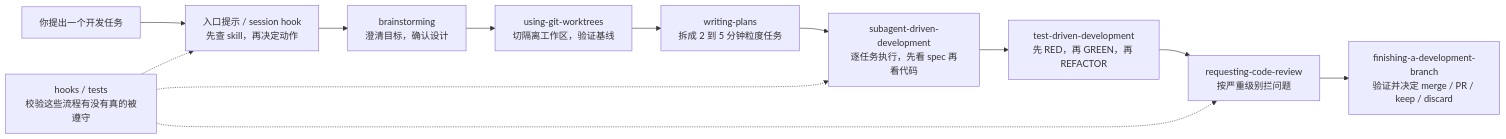
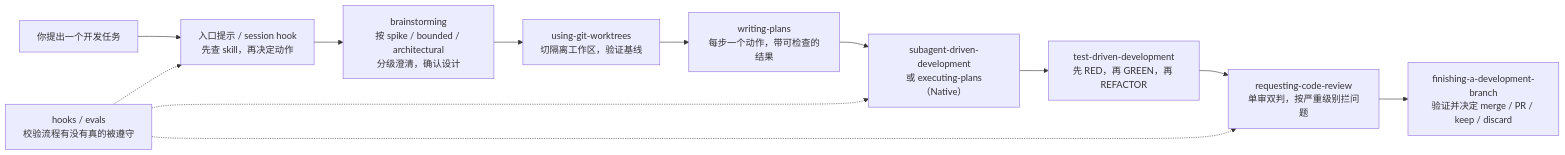
The diagram in content/posts/tech/superpowers-agentic-skills-framework.md (A1pha3/text-matrix), drawn with Mermaid before and after one commit. The commit also changed other lines of this file and 331 other files, not shown here.

````diff
--- a/content/posts/tech/superpowers-agentic-skills-framework.md
+++ b/content/posts/tech/superpowers-agentic-skills-framework.md
@@ -21,14 +22,14 @@
 ```mermaid
 flowchart LR
   A["你提出一个开发任务"] --> B["入口提示 / session hook<br/>先查 skill，再决定动作"]
-  B --> C["brainstorming<br/>澄清目标，确认设计"]
+  B --> C["brainstorming<br/>按 spike / bounded / architectural<br/>分级澄清，确认设计"]
   C --> D["using-git-worktrees<br/>切隔离工作区，验证基线"]
-  D --> E["writing-plans<br/>拆成 2 到 5 分钟粒度任务"]
-  E --> F["subagent-driven-development<br/>逐任务执行，先看 spec 再看代码"]
+  D --> E["writing-plans<br/>每步一个动作，带可检查的结果"]
+  E --> F["subagent-driven-development<br/>或 executing-plans（Native）"]
   F --> G["test-driven-development<br/>先 RED，再 GREEN，再 REFACTOR"]
-  G --> H["requesting-code-review<br/>按严重级别拦问题"]
+  G --> H["requesting-code-review<br/>单审双判，按严重级别拦问题"]
   H --> I["finishing-a-development-branch<br/>验证并决定 merge / PR / keep / discard"]
-  J["hooks / tests<br/>校验这些流程有没有真的被遵守"] -.-> B
+  J["hooks / evals<br/>校验流程有没有真的被遵守"] -.-> B
   J -.-> F
   J -.-> H
 ```
````
